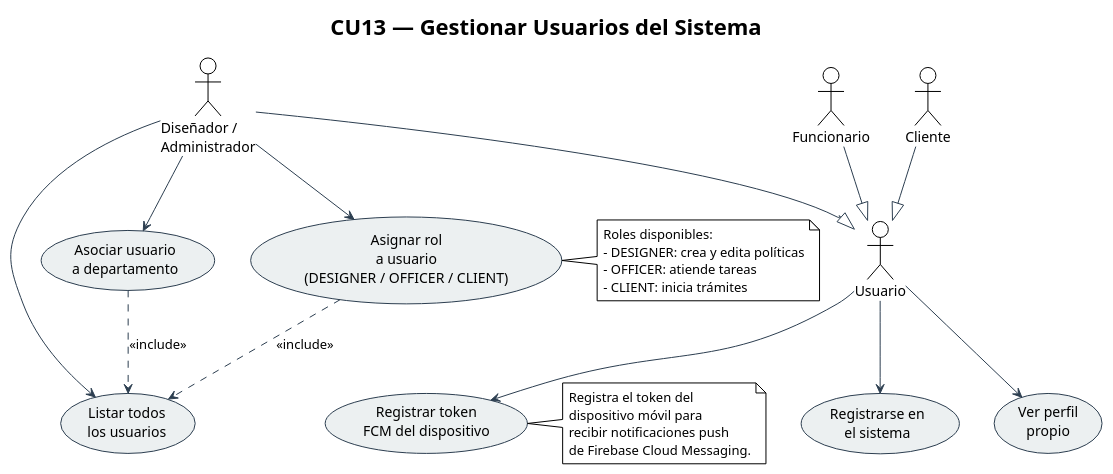
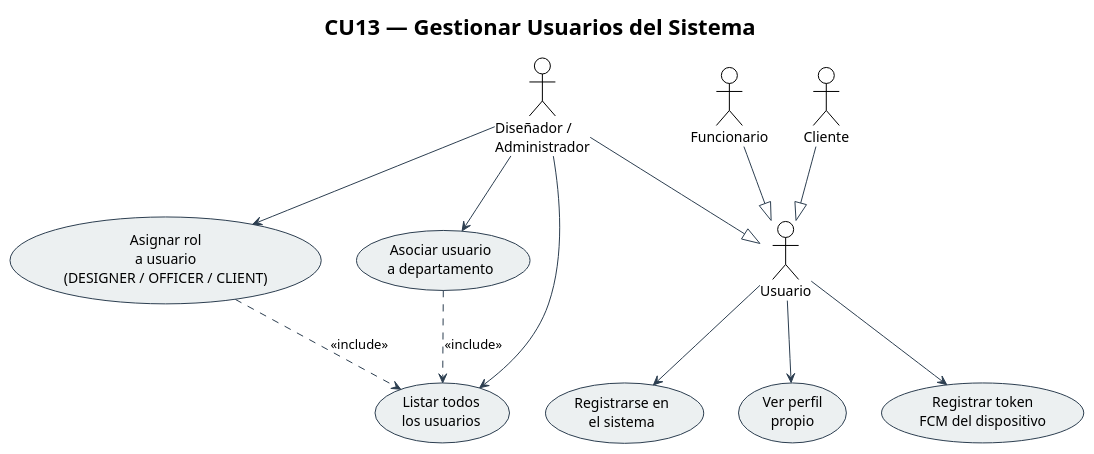
The diagram in docs/uml/cu13_gestionar_usuarios.puml (luisfernandoAngulo28/Examen1SW1), drawn with PlantUML before and after one commit. The commit also changed 61 other files, not shown here.

Commit message:
docs+feat: commit all documentation, UML diagrams, ai-service routes, mobile app updates

```diff
--- a/docs/uml/cu13_gestionar_usuarios.puml
+++ b/docs/uml/cu13_gestionar_usuarios.puml
@@ -1,53 +1,41 @@
 @startuml CU13_Gestionar_Usuarios
 !theme plain
 skinparam actorStyle default
 skinparam usecaseBorderColor #2C3E50
 skinparam usecaseBackgroundColor #ECF0F1
 skinparam arrowColor #2C3E50
 
 title CU13 — Gestionar Usuarios del Sistema
 
 ' ── Actores ──
 actor "Diseñador /\nAdministrador" as ADMIN
 actor "Funcionario"  as OFFICER
 actor "Cliente"      as CLIENT
 actor "Usuario"      as USER
 
 ADMIN   --|> USER
 OFFICER --|> USER
 CLIENT  --|> USER
 
 ' ── Casos de uso ──
 usecase "Registrarse en\nel sistema"          as UC_REG
 usecase "Ver perfil\npropio"                  as UC_PROFILE
 usecase "Listar todos\nlos usuarios"          as UC_LIST
 usecase "Asignar rol\na usuario\n(DESIGNER / OFFICER / CLIENT)" as UC_ROLE
 usecase "Asociar usuario\na departamento"     as UC_DEPT_ASSIGN
 usecase "Registrar token\nFCM del dispositivo" as UC_FCM
 
 ' ── Relaciones ──
 USER   --> UC_REG
 USER   --> UC_PROFILE
 USER   --> UC_FCM
 ADMIN  --> UC_LIST
 ADMIN  --> UC_ROLE
 ADMIN  --> UC_DEPT_ASSIGN
 
 UC_ROLE        ..> UC_LIST        : <<include>>
 UC_DEPT_ASSIGN ..> UC_LIST        : <<include>>
 
-note right of UC_ROLE
-  Roles disponibles:
-  - DESIGNER: crea y edita políticas
-  - OFFICER: atiende tareas
-  - CLIENT: inicia trámites
-end note
 
-note right of UC_FCM
-  Registra el token del
-  dispositivo móvil para
-  recibir notificaciones push
-  de Firebase Cloud Messaging.
-end note
 
 @enduml
```
